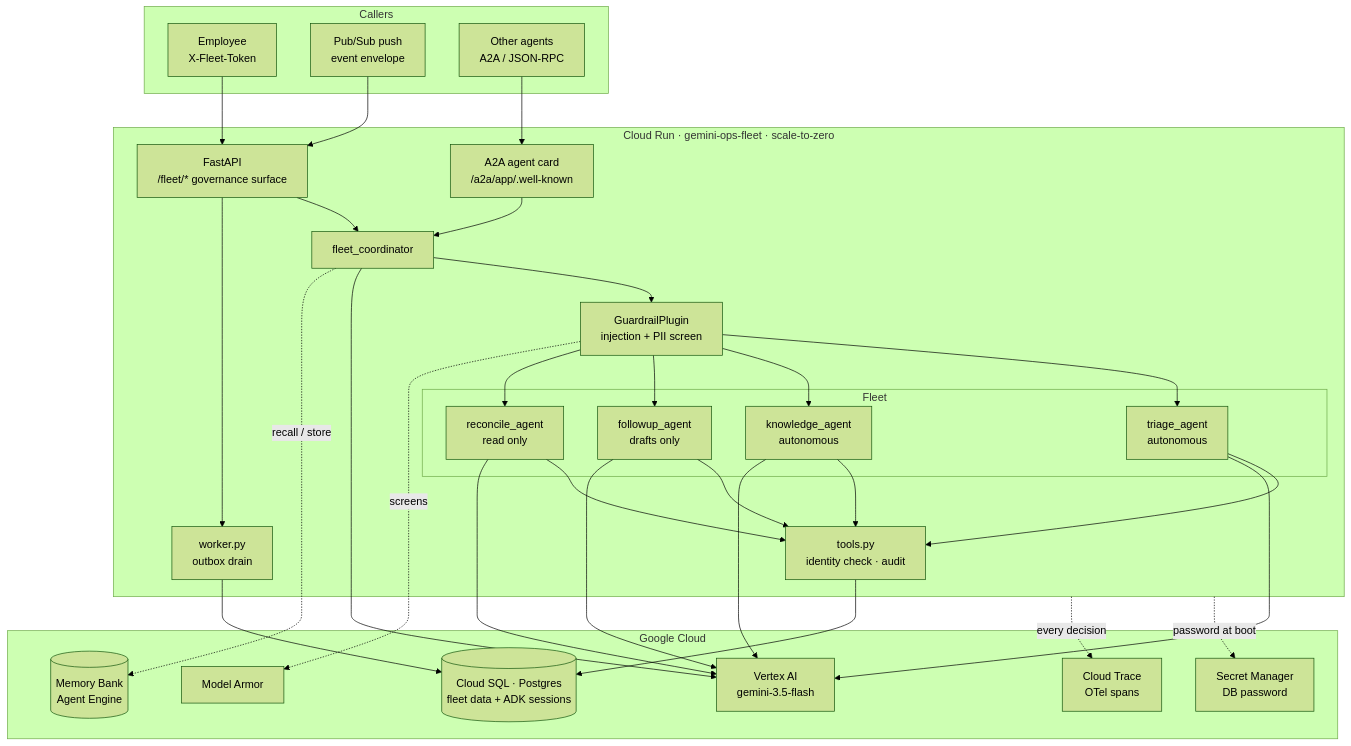
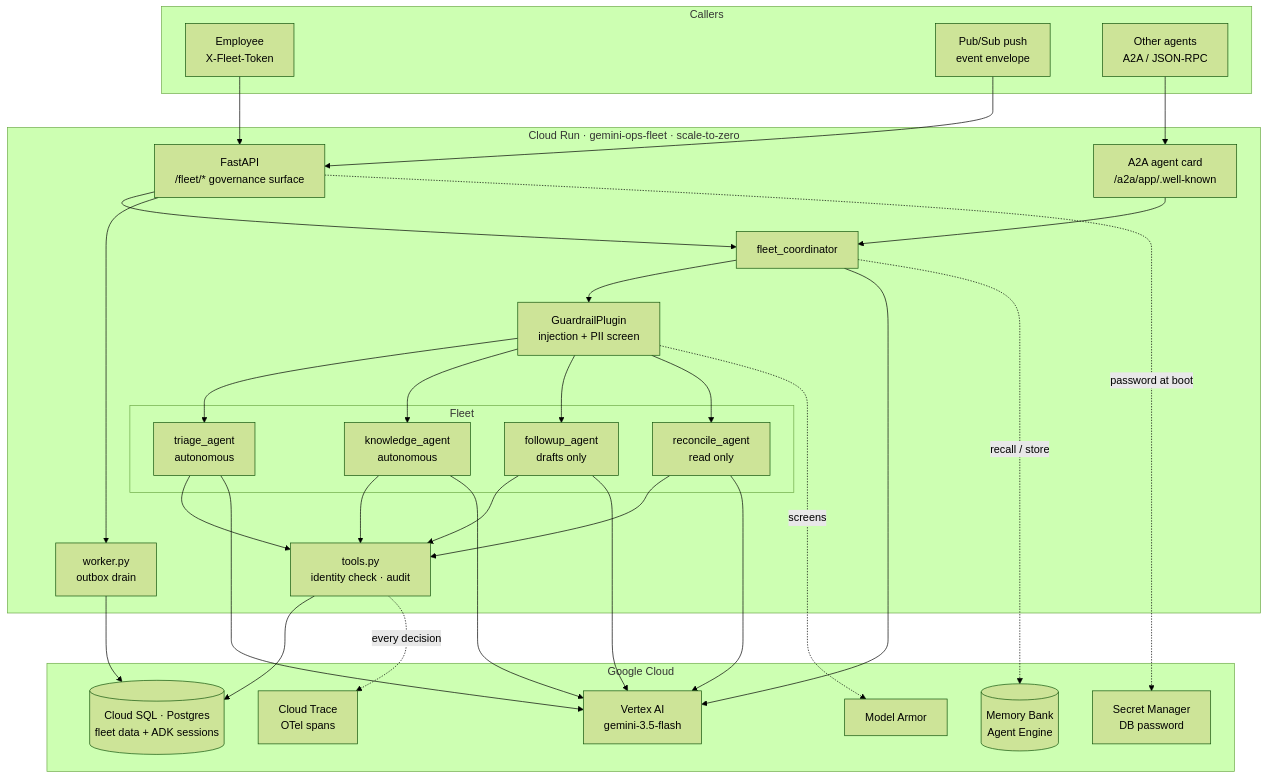
The first of 3 diagrams in docs/architecture.md (sechan9999/gemini-ops-fleet), drawn with Mermaid (forest theme) before and after one commit.

Commit message:
docs: use the spaced dotted-link form in the mermaid diagrams

````diff
--- a/docs/architecture.md
+++ b/docs/architecture.md
@@ -12,50 +12,50 @@
 ```mermaid
 flowchart TB
     subgraph client["Callers"]
         emp["Employee<br/>X-Fleet-Token"]
         ps["Pub/Sub push<br/>event envelope"]
         a2a["Other agents<br/>A2A / JSON-RPC"]
     end
 
     subgraph run["Cloud Run · gemini-ops-fleet · scale-to-zero"]
         api["FastAPI<br/>/fleet/* governance surface"]
         card["A2A agent card<br/>/a2a/app/.well-known"]
         guard["GuardrailPlugin<br/>injection + PII screen"]
         coord["fleet_coordinator"]
         subgraph agents["Fleet"]
             tri["triage_agent<br/>autonomous"]
             kno["knowledge_agent<br/>autonomous"]
             fol["followup_agent<br/>drafts only"]
             rec["reconcile_agent<br/>read only"]
         end
         tools["tools.py<br/>identity check · audit"]
         worker["worker.py<br/>outbox drain"]
     end
 
     subgraph google["Google Cloud"]
         gem["Vertex AI<br/>gemini-3.5-flash"]
         armor["Model Armor"]
         sql[("Cloud SQL · Postgres<br/>fleet data + ADK sessions")]
         mb[("Memory Bank<br/>Agent Engine")]
         sm["Secret Manager<br/>DB password"]
         trace["Cloud Trace<br/>OTel spans"]
     end
 
     emp --> api
     ps --> api
     a2a --> card
     api --> coord
     card --> coord
     coord --> guard
     guard --> tri & kno & fol & rec
     tri & kno & fol & rec --> tools
     coord --> gem
     tri & kno & fol & rec --> gem
-    guard -.screens.-> armor
+    guard -. screens .-> armor
     tools --> sql
     api --> worker
     worker --> sql
-    coord -.recall / store.-> mb
-    run -.password at boot.-> sm
-    run -.every decision.-> trace
+    coord -. recall / store .-> mb
+    api -. password at boot .-> sm
+    tools -. every decision .-> trace
 ```
````
